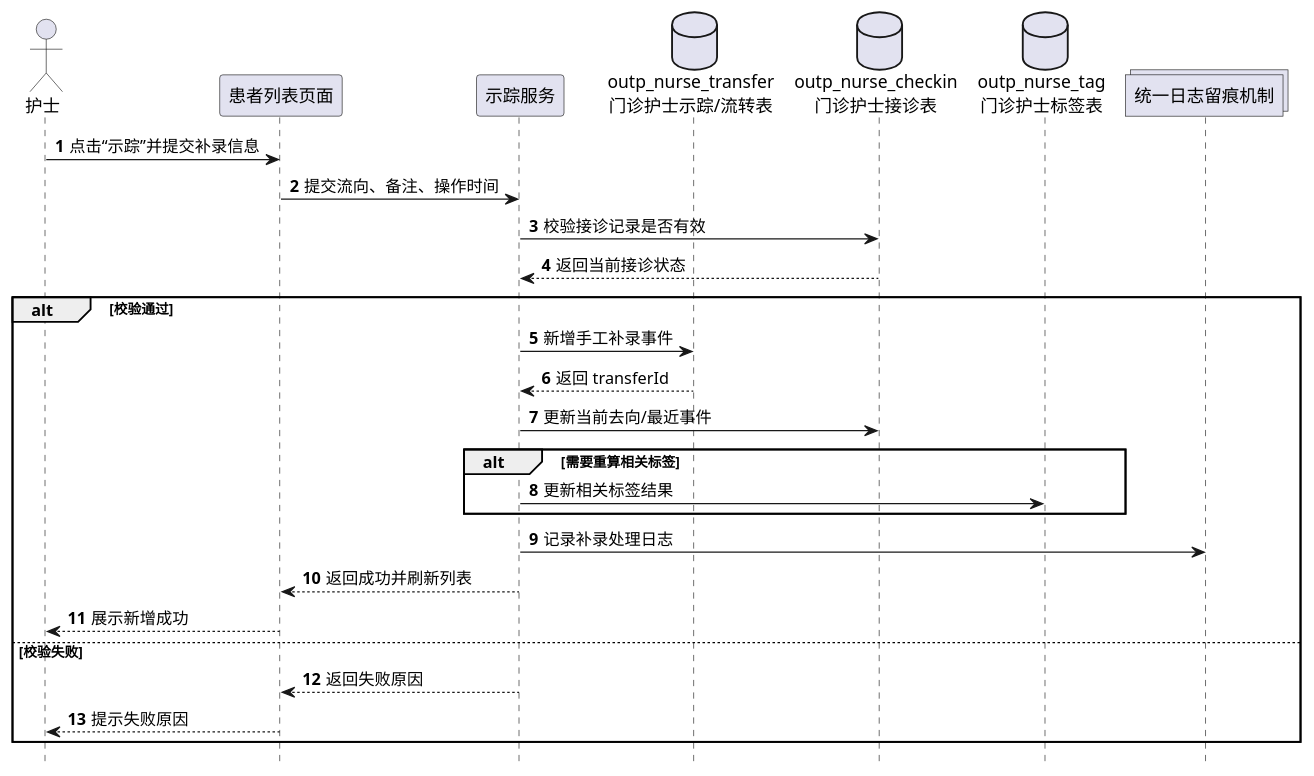
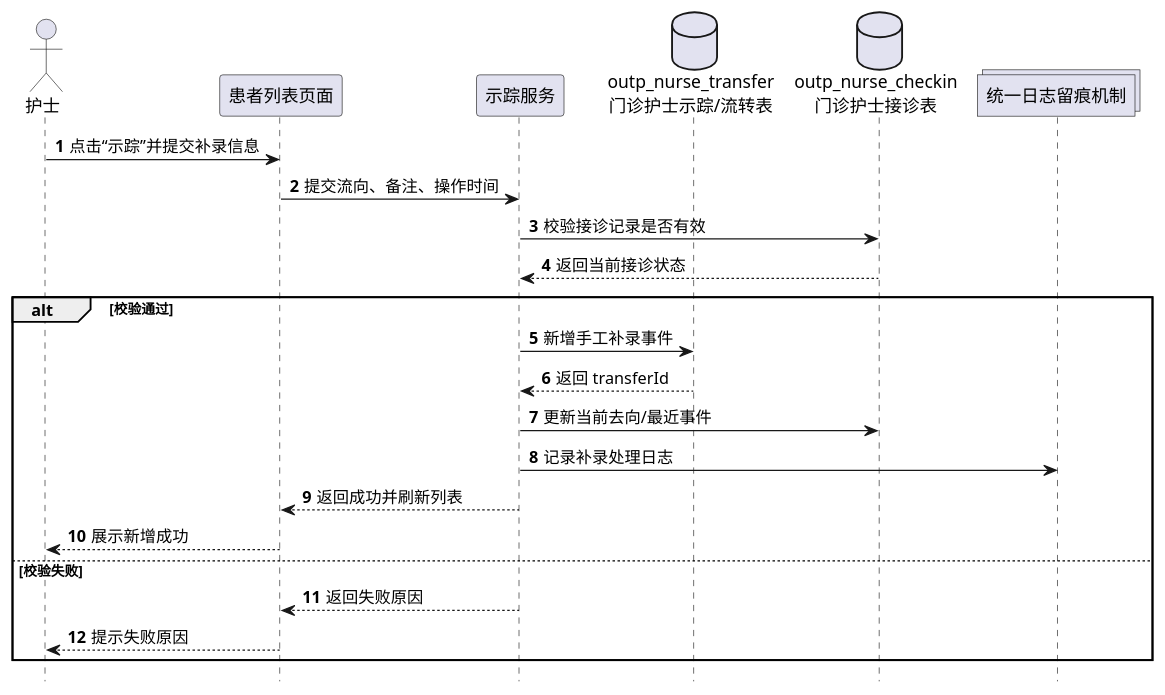
The fourth of 7 diagrams in work-system/deliverables/outpatient-nurse-station/4.2.4.6-时序图-PlantUML-标签接口调整版.md (tito126/dev-workflow-engine), drawn with PlantUML before and after one commit. The commit also changed other lines of this file and 1 other file, not shown here.

Commit message:
refine outpatient nurse tag diagrams

````diff
--- a/work-system/deliverables/outpatient-nurse-station/4.2.4.6-时序图-PlantUML-标签接口调整版.md
+++ b/work-system/deliverables/outpatient-nurse-station/4.2.4.6-时序图-PlantUML-标签接口调整版.md
@@ -165,34 +159,30 @@
 ```plantuml
 @startuml
 hide footbox
 
 autonumber
 
 actor "护士" as Nurse
 participant "患者列表页面" as PatientPage
 participant "示踪服务" as TraceService
 database "outp_nurse_transfer\n门诊护士示踪/流转表" as Transfer
 database "outp_nurse_checkin\n门诊护士接诊表" as Checkin
-database "outp_nurse_tag\n门诊护士标签表" as Tag
 collections "统一日志留痕机制" as OpLog
 
 Nurse -> PatientPage: 点击“示踪”并提交补录信息
 PatientPage -> TraceService: 提交流向、备注、操作时间
 TraceService -> Checkin: 校验接诊记录是否有效
 Checkin --> TraceService: 返回当前接诊状态
 alt 校验通过
     TraceService -> Transfer: 新增手工补录事件
     Transfer --> TraceService: 返回 transferId
     TraceService -> Checkin: 更新当前去向/最近事件
-    alt 需要重算相关标签
-        TraceService -> Tag: 更新相关标签结果
-    end
     TraceService -> OpLog: 记录补录处理日志
     TraceService --> PatientPage: 返回成功并刷新列表
     PatientPage --> Nurse: 展示新增成功
 else 校验失败
     TraceService --> PatientPage: 返回失败原因
     PatientPage --> Nurse: 提示失败原因
 end
 @enduml
 ```
````
